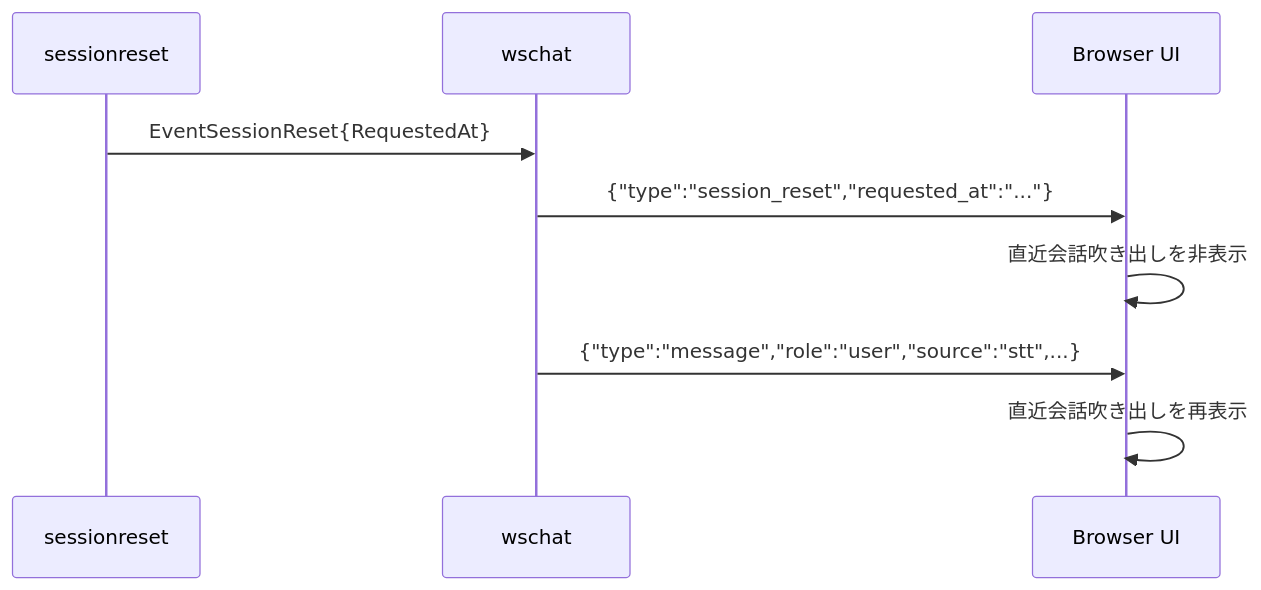
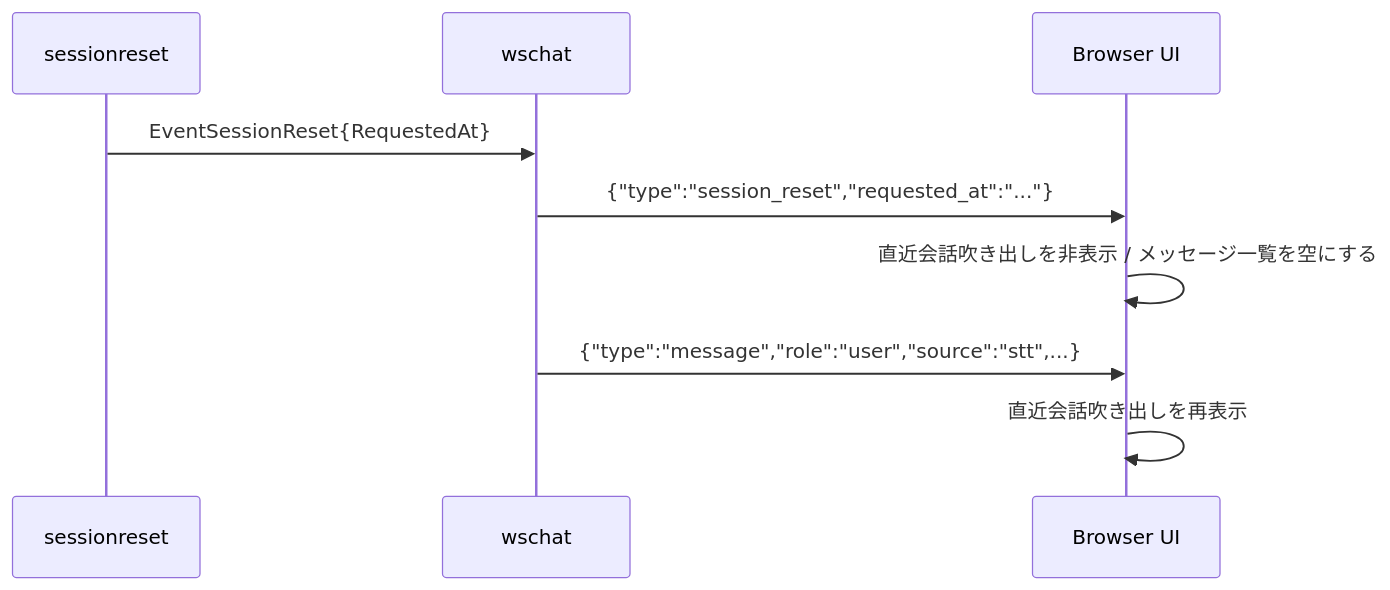
The fourth of 5 diagrams in docs/components/wschat.md (tetetratra/smart-speaker), drawn with Mermaid before and after one commit. The commit also changed other lines of this file and 2 other files, not shown here.

````diff
--- a/docs/components/wschat.md
+++ b/docs/components/wschat.md
@@ -143,12 +143,12 @@
 ```mermaid
 sequenceDiagram
     participant SR as sessionreset
     participant WS as wschat
     participant UI as Browser UI
 
     SR->>WS: EventSessionReset{RequestedAt}
     WS->>UI: {"type":"session_reset","requested_at":"..."}
-    UI->>UI: 直近会話吹き出しを非表示
+    UI->>UI: 直近会話吹き出しを非表示 / メッセージ一覧を空にする
     WS->>UI: {"type":"message","role":"user","source":"stt",...}
     UI->>UI: 直近会話吹き出しを再表示
 ```
````
